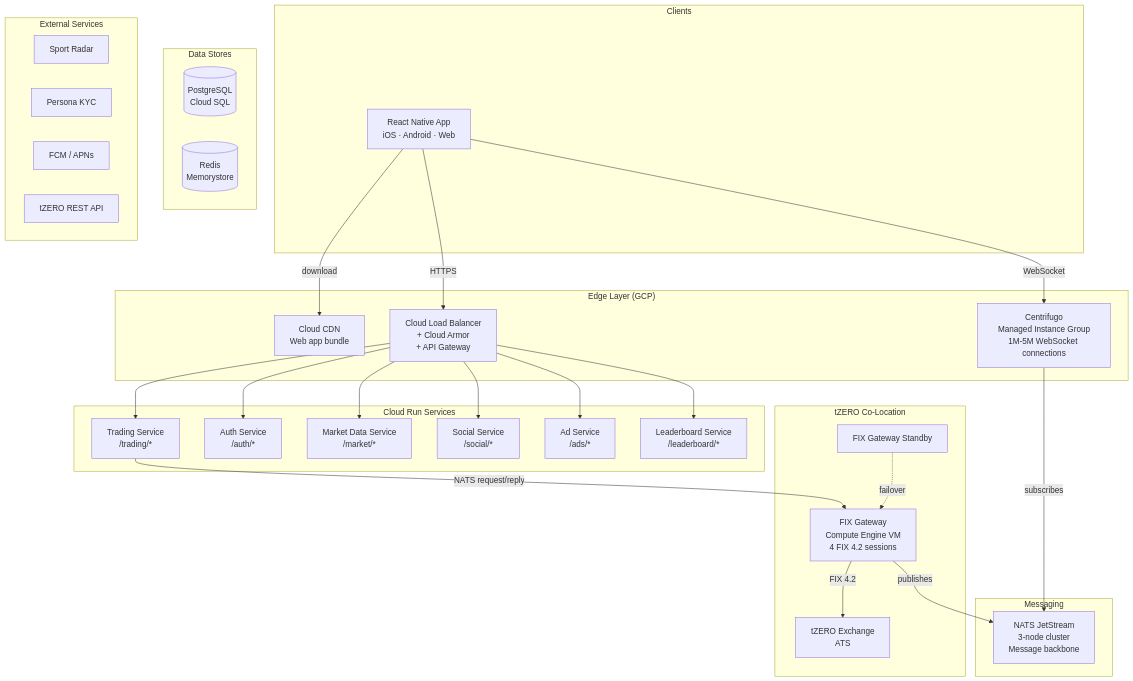
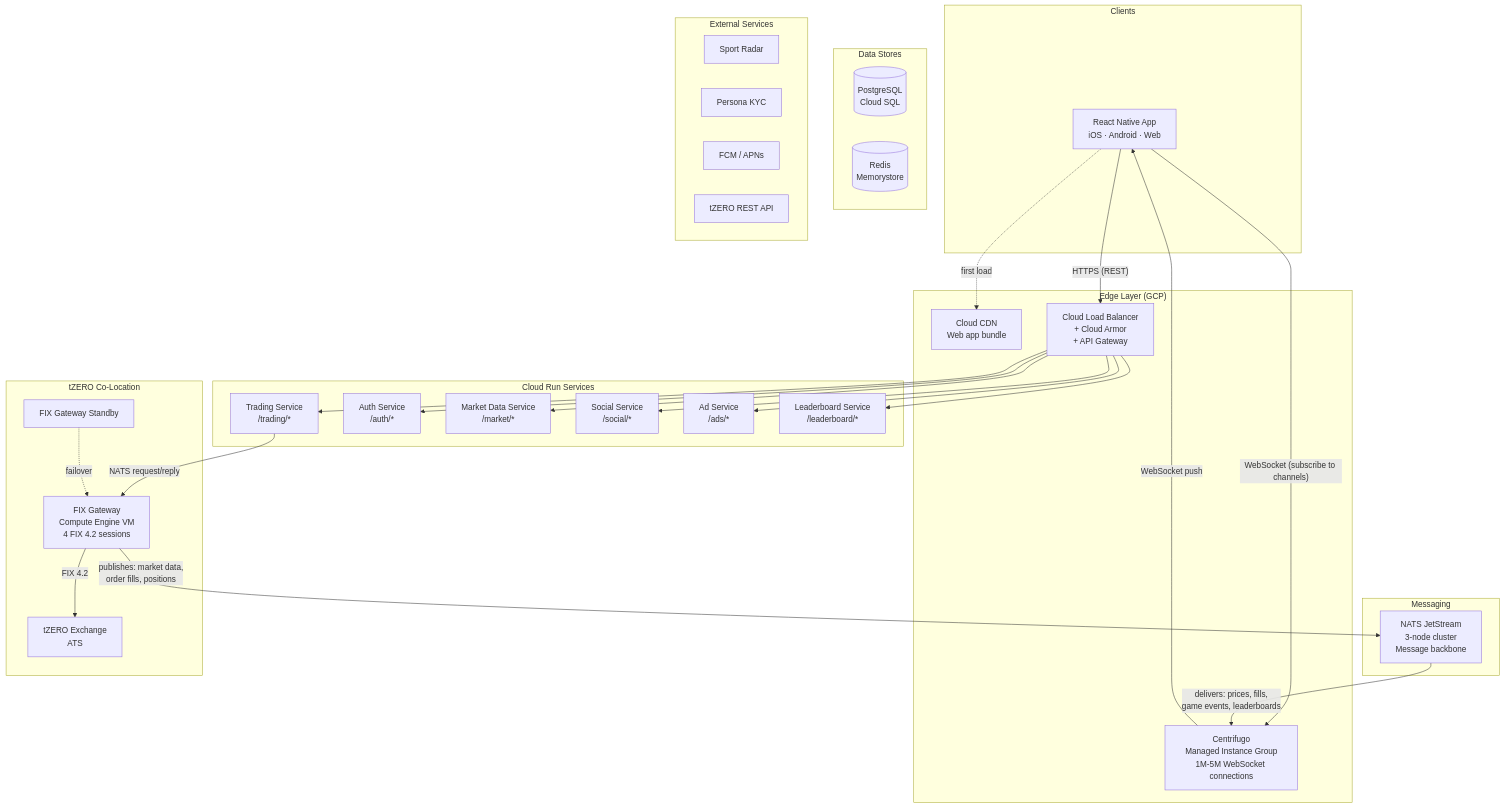
One commit to Novosapien/inplay-vault changed the first of 4 diagrams in vault/architecture/architecture.md. Above: the diagram before and after it, drawn with Mermaid.

Commit message:
Show bidirectional data flow: NATS → Centrifugo → clients
WHAT:
- Added upward arrow showing data flowing from NATS to Centrifugo
- Added arrow showing Centrifugo pushing to clients via WebSocket
- Labelled all arrows with what data flows through them
- Clarified client connections (WebSocket subscribe vs HTTPS REST vs first load CDN)

WHY: Previous diagram only showed Centrifugo subscribing to NATS (downward arrow)
but not the actual data delivery path back up to clients.

````diff
--- a/vault/architecture/architecture.md
+++ b/vault/architecture/architecture.md
@@ -21,59 +21,60 @@
 ```mermaid
 graph TB
     subgraph Clients
         APP[React Native App<br/>iOS · Android · Web]
     end
 
     subgraph Edge["Edge Layer (GCP)"]
         CDN[Cloud CDN<br/>Web app bundle]
         LB[Cloud Load Balancer<br/>+ Cloud Armor<br/>+ API Gateway]
         CENT[Centrifugo<br/>Managed Instance Group<br/>1M-5M WebSocket connections]
     end
 
     subgraph CloudRun["Cloud Run Services"]
         TRADING[Trading Service<br/>/trading/*]
         AUTH[Auth Service<br/>/auth/*]
         MARKET[Market Data Service<br/>/market/*]
         SOCIAL[Social Service<br/>/social/*]
         ADS[Ad Service<br/>/ads/*]
         LEADER[Leaderboard Service<br/>/leaderboard/*]
     end
 
     subgraph Messaging
         NATS[NATS JetStream<br/>3-node cluster<br/>Message backbone]
     end
 
     subgraph Data["Data Stores"]
         PG[(PostgreSQL<br/>Cloud SQL)]
         REDIS[(Redis<br/>Memorystore)]
     end
 
     subgraph tZero["tZERO Co-Location"]
         FIX[FIX Gateway<br/>Compute Engine VM<br/>4 FIX 4.2 sessions]
         FIX_STANDBY[FIX Gateway Standby]
         TZERO[tZERO Exchange<br/>ATS]
     end
 
     subgraph External["External Services"]
         SR[Sport Radar]
         PERSONA[Persona KYC]
         FCM[FCM / APNs]
         TZERO_REST[tZERO REST API]
     end
 
-    APP -- WebSocket --> CENT
-    APP -- HTTPS --> LB
-    APP -- download --> CDN
+    APP -- "WebSocket (subscribe to channels)" --> CENT
+    APP -- "HTTPS (REST)" --> LB
+    APP -. "first load" .-> CDN
     LB --> TRADING
     LB --> AUTH
     LB --> MARKET
     LB --> SOCIAL
     LB --> ADS
     LB --> LEADER
 
     TRADING -- "NATS request/reply" --> FIX
-    CENT -- subscribes --> NATS
-    FIX -- publishes --> NATS
+    NATS -- "delivers: prices, fills,<br/>game events, leaderboards" --> CENT
+    CENT -- "WebSocket push" --> APP
+    FIX -- "publishes: market data,<br/>order fills, positions" --> NATS
     FIX -- FIX 4.2 --> TZERO
     FIX_STANDBY -. failover .-> FIX
 ```
````
